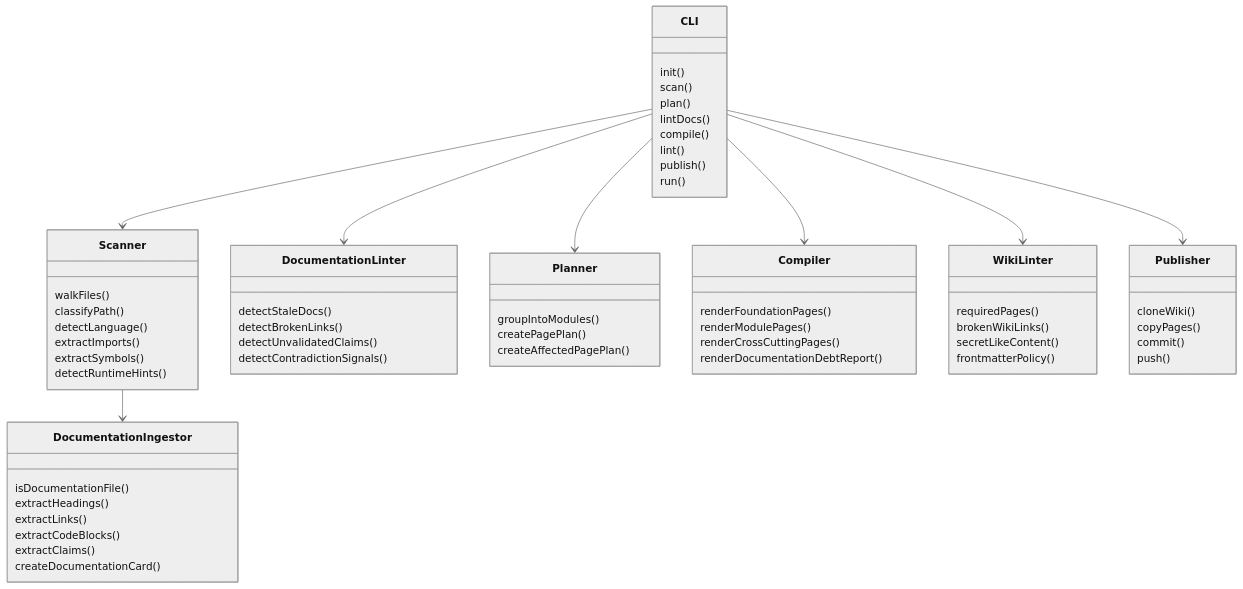
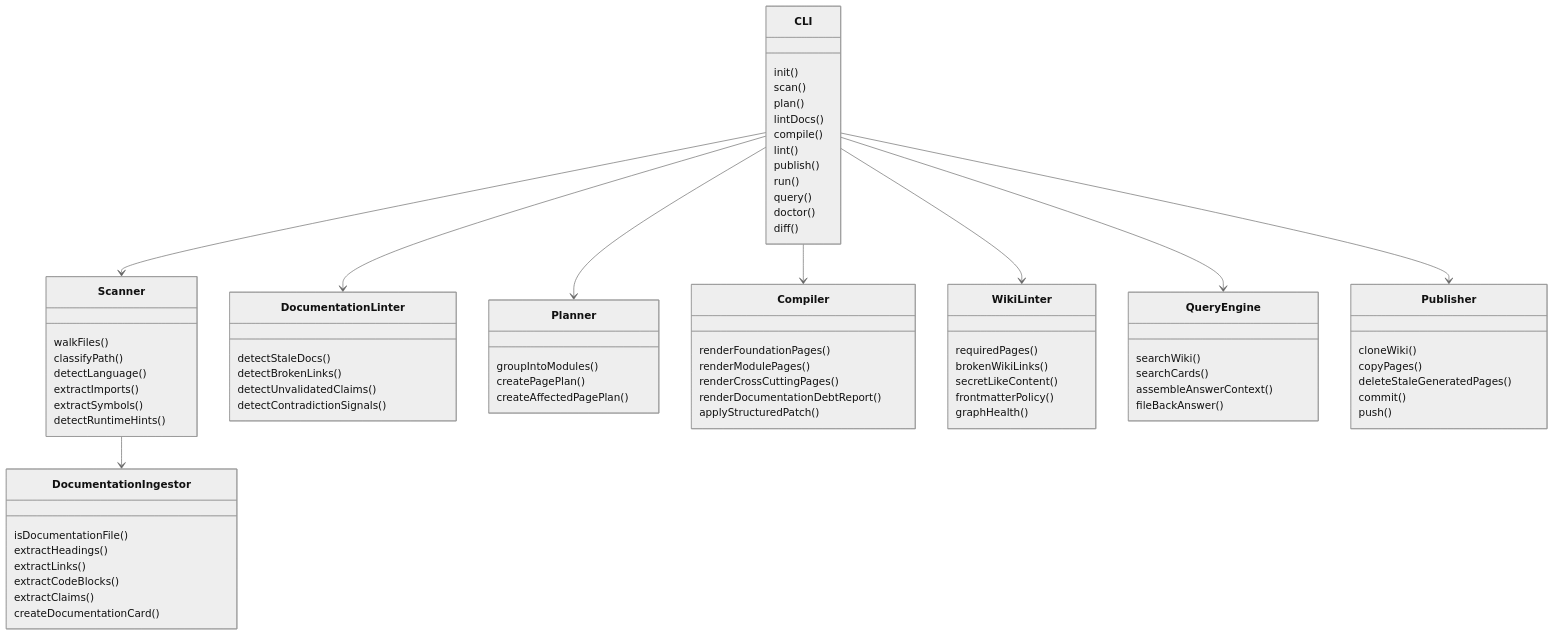
One commit to mfittko/repo-wiki changed the eighth of 10 diagrams in docs/PLAN.md. Above: the diagram before and after it, drawn with Mermaid (neutral theme). The commit also changed other lines of this file and 2 other files, not shown here.

Commit message:
docs: align plan with LLM wiki pattern

````diff
--- a/docs/PLAN.md
+++ b/docs/PLAN.md
@@ -232,6 +356,9 @@
     lint()
     publish()
     run()
+    query()
+    doctor()
+    diff()
   }
 
   class Scanner {
@@ -270,6 +397,7 @@
     renderModulePages()
     renderCrossCuttingPages()
     renderDocumentationDebtReport()
+    applyStructuredPatch()
   }
 
   class WikiLinter {
@@ -277,11 +405,20 @@
     brokenWikiLinks()
     secretLikeContent()
     frontmatterPolicy()
+    graphHealth()
+  }
+
+  class QueryEngine {
+    searchWiki()
+    searchCards()
+    assembleAnswerContext()
+    fileBackAnswer()
   }
 
   class Publisher {
     cloneWiki()
     copyPages()
+    deleteStaleGeneratedPages()
     commit()
     push()
   }
@@ -292,5 +429,6 @@
   CLI --> Planner
   CLI --> Compiler
   CLI --> WikiLinter
+  CLI --> QueryEngine
   CLI --> Publisher
 ```
````
